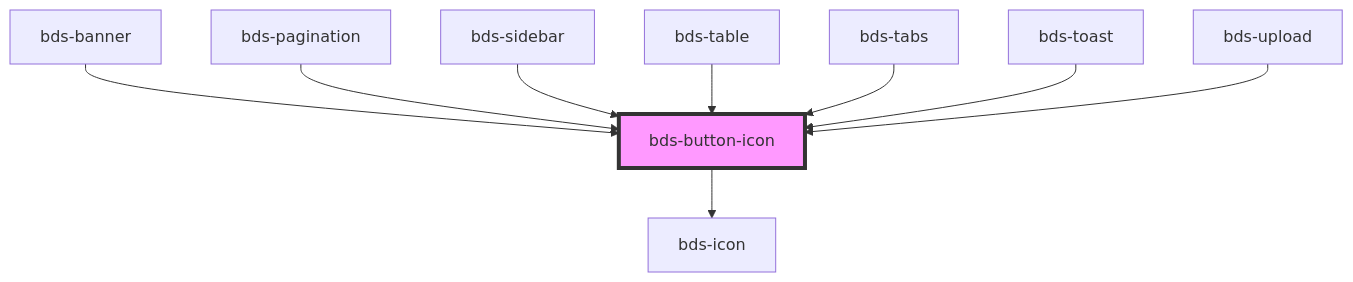
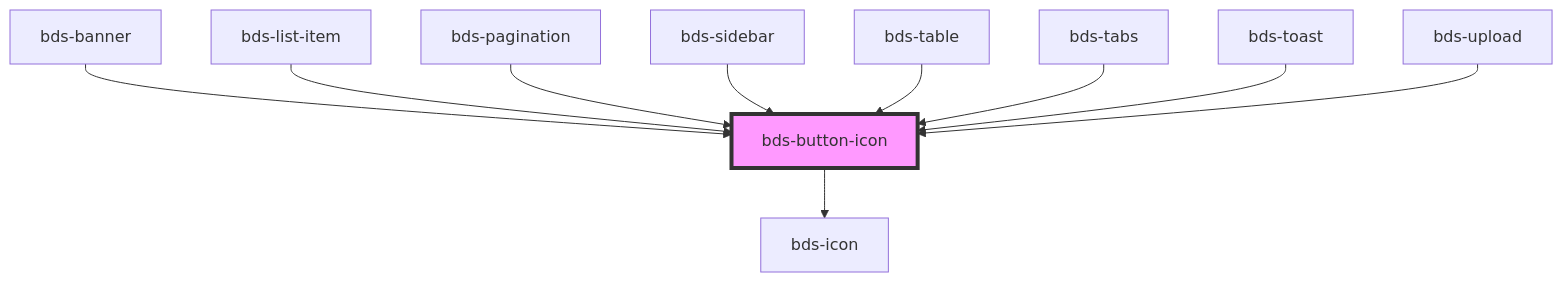
Before and after one commit to takenet/blip-ds: the diagram in src/components/icon-button/readme.md, drawn with Mermaid. The commit also changed other lines of this file and 10 other files, not shown here.

````diff
--- a/src/components/icon-button/readme.md
+++ b/src/components/icon-button/readme.md
@@ -36,12 +37,13 @@
 ```mermaid
 graph TD;
   bds-button-icon --> bds-icon
   bds-banner --> bds-button-icon
+  bds-list-item --> bds-button-icon
   bds-pagination --> bds-button-icon
   bds-sidebar --> bds-button-icon
   bds-table --> bds-button-icon
   bds-tabs --> bds-button-icon
   bds-toast --> bds-button-icon
   bds-upload --> bds-button-icon
   style bds-button-icon fill:#f9f,stroke:#333,stroke-width:4px
 ```
````
